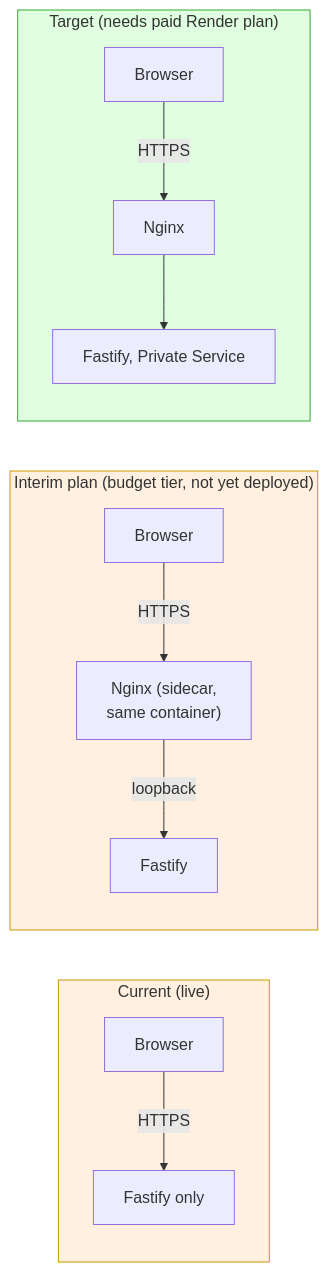
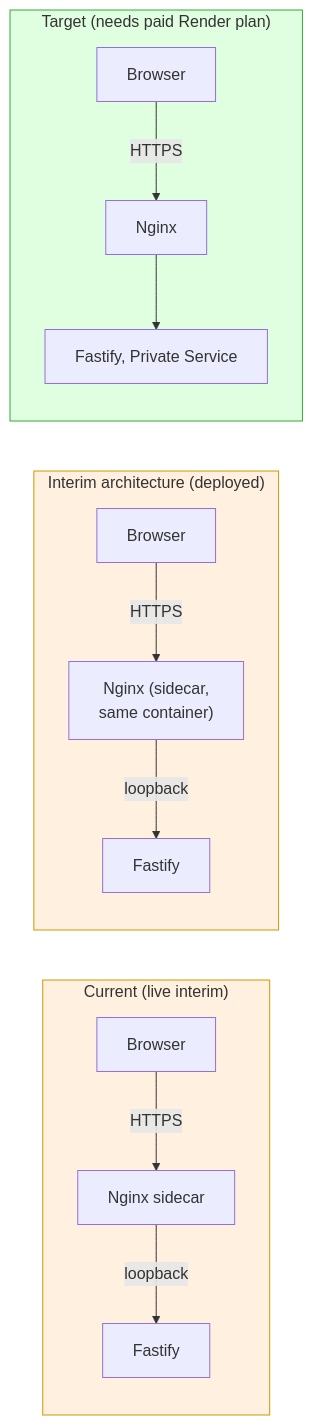
Before and after one commit to thec1rclehost123-cmd/C1RCLE-BACKEND: the second of 3 diagrams in docs/nginx/issues-and-gaps.md, drawn with Mermaid. The commit also changed other lines of this file and 7 other files, not shown here.

````diff
--- a/docs/nginx/issues-and-gaps.md
+++ b/docs/nginx/issues-and-gaps.md
@@ -54,20 +52,21 @@
 ```mermaid
 graph LR
-  subgraph Current["Current (live)"]
-    Browser1[Browser] -->|HTTPS| Fastify1[Fastify only]
+  subgraph Current["Current (live interim)"]
+    Browser1[Browser] -->|HTTPS| Nginx1[Nginx sidecar]
+    Nginx1 -->|loopback| Fastify1[Fastify]
   end
 
-  subgraph Interim["Interim plan (budget tier, not yet deployed)"]
+  subgraph Interim["Interim architecture (deployed)"]
     Browser3[Browser] -->|HTTPS| Nginx3["Nginx (sidecar,<br/>same container)"]
     Nginx3 -->|loopback| Fastify3[Fastify]
   end
 
   subgraph Target["Target (needs paid Render plan)"]
     Browser2[Browser] -->|HTTPS| Nginx2[Nginx]
     Nginx2 --> Fastify2[Fastify, Private Service]
   end
 
   style Current fill:#fff0e0,stroke:#c90
   style Interim fill:#fff0e0,stroke:#c90
   style Target fill:#e0ffe0,stroke:#3a3
 ```
````
